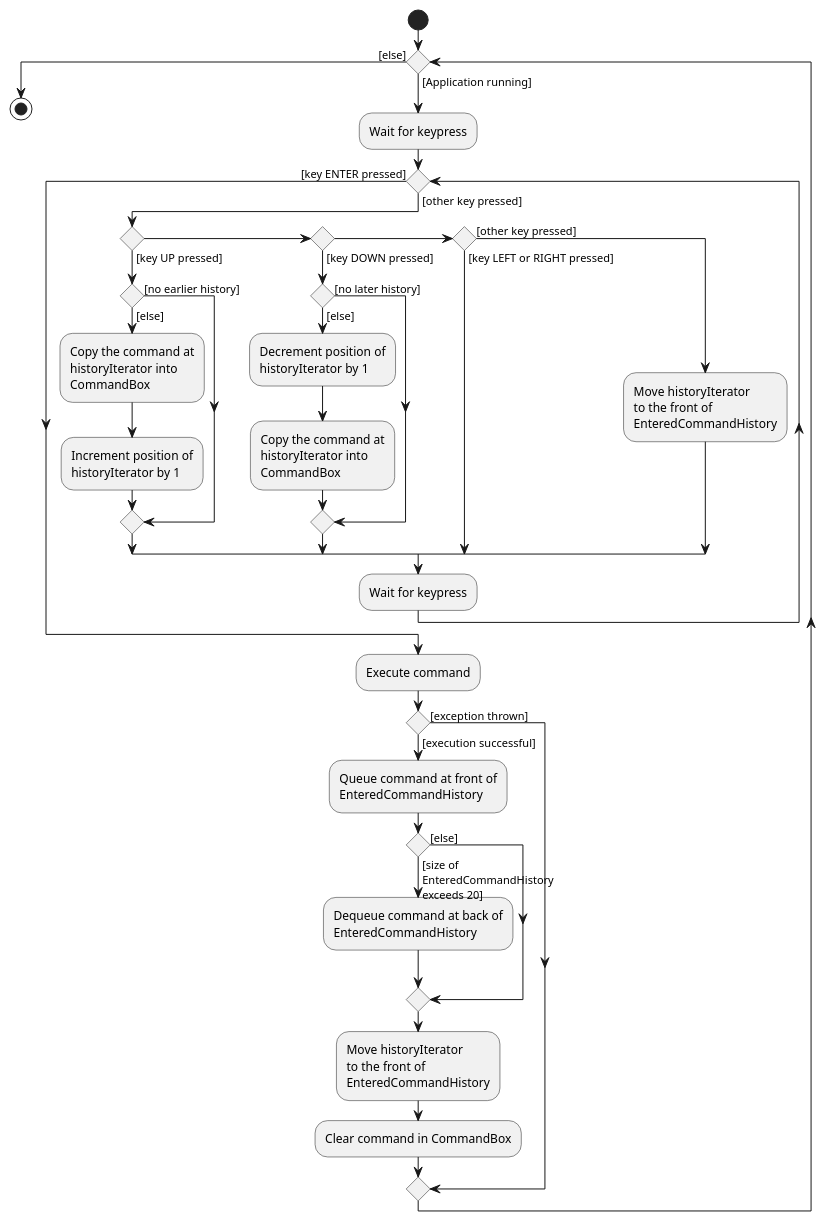
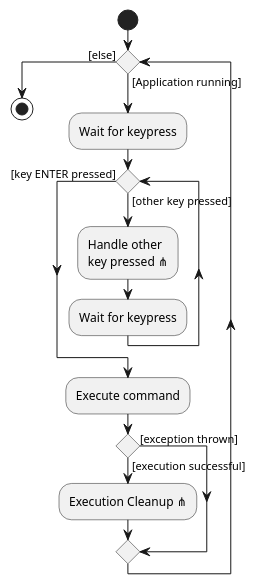
The diagram in docs/diagrams/CommandHistoryActivityDiagram.puml (wxwxwxwx9/main), drawn with PlantUML before and after one commit. The commit also changed 3 other files, not shown here.

Commit message:
split up the history diagram

```diff
--- a/docs/diagrams/CommandHistoryActivityDiagram.puml
+++ b/docs/diagrams/CommandHistoryActivityDiagram.puml
@@ -1,57 +1,20 @@
 @startuml
 start
 
 while () is ([Application running])
     :Wait for keypress;
 
     while () is ([other key pressed])
-        if () then ([key UP pressed])
-            if () then ([no earlier history])
-            else ([else])
-                :Copy the command at
-                historyIterator into
-                CommandBox;
-                :Increment position of
-                historyIterator by 1;
-            endif
-
-        else if () then ([key DOWN pressed])
-            if () then ([no later history])
-            else ([else])
-                :Decrement position of
-                historyIterator by 1;
-                :Copy the command at
-                historyIterator into
-                CommandBox;
-            endif
-
-        else if () then ([key LEFT or RIGHT pressed])
-        else ([other key pressed])
-            :Move historyIterator
-            to the front of
-            EnteredCommandHistory;
-
-        endif
+    :Handle other
+    key pressed ⋔;
     :Wait for keypress;
     endwhile ([key ENTER pressed])
 
   :Execute command;
   if () then ([execution successful])
-      :Queue command at front of
-      EnteredCommandHistory;
-
-      if () then ([size of \nEnteredCommandHistory\nexceeds 20])
-      :Dequeue command at back of
-      EnteredCommandHistory;
-      else ([else])
-      endif
-
-      :Move historyIterator
-      to the front of
-      EnteredCommandHistory;
-      :Clear command in CommandBox;
+      :Execution Cleanup ⋔;
   else ([exception thrown])
   endif
 endwhile ([else])
 stop
 @enduml
```
